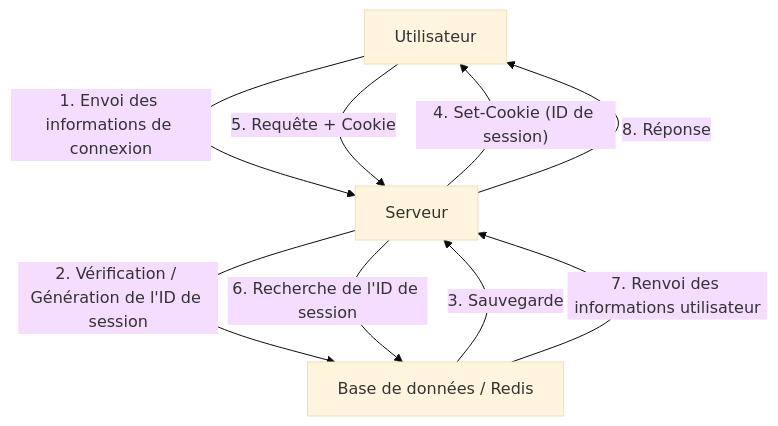
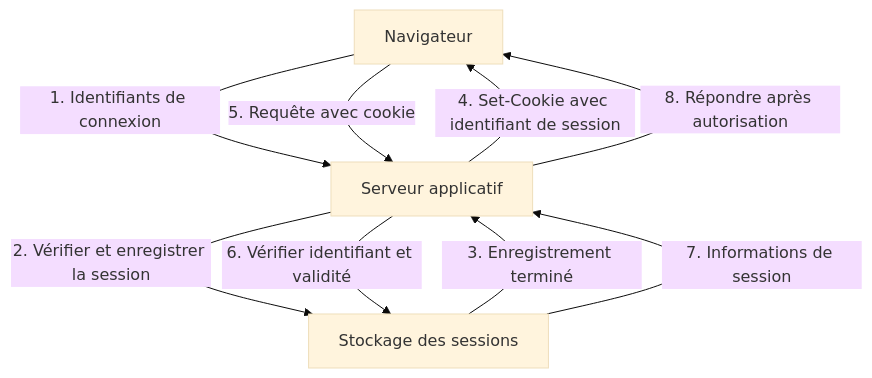
The first of 3 diagrams in content/post/jwt-json-web-token-security-risks/index.fr.md (kenjinote/blog), drawn with Mermaid (base theme) before and after one commit. The commit also changed other lines of this file and 5 other files, not shown here.

````diff
--- a/content/post/jwt-json-web-token-security-risks/index.fr.md
+++ b/content/post/jwt-json-web-token-security-risks/index.fr.md
@@ -19,11 +20,11 @@
 ```mermaid
 graph TD
-    A["Utilisateur"] -- "1. Envoi des informations de connexion" --> B["Serveur"]
-    B -- "2. Vérification / Génération de l'ID de session" --> C["Base de données / Redis"]
-    C -- "3. Sauvegarde" --> B
-    B -- "4. Set-Cookie (ID de session)" --> A
-    A -- "5. Requête + Cookie" --> B
-    B -- "6. Recherche de l'ID de session" --> C
-    C -- "7. Renvoi des informations utilisateur" --> B
-    B -- "8. Réponse" --> A
+    A["Navigateur"] -- "1. Identifiants de connexion" --> B["Serveur applicatif"]
+    B -- "2. Vérifier et enregistrer la session" --> C["Stockage des sessions"]
+    C -- "3. Enregistrement terminé" --> B
+    B -- "4. Set-Cookie avec identifiant de session" --> A
+    A -- "5. Requête avec cookie" --> B
+    B -- "6. Vérifier identifiant et validité" --> C
+    C -- "7. Informations de session" --> B
+    B -- "8. Répondre après autorisation" --> A
 ```
````
